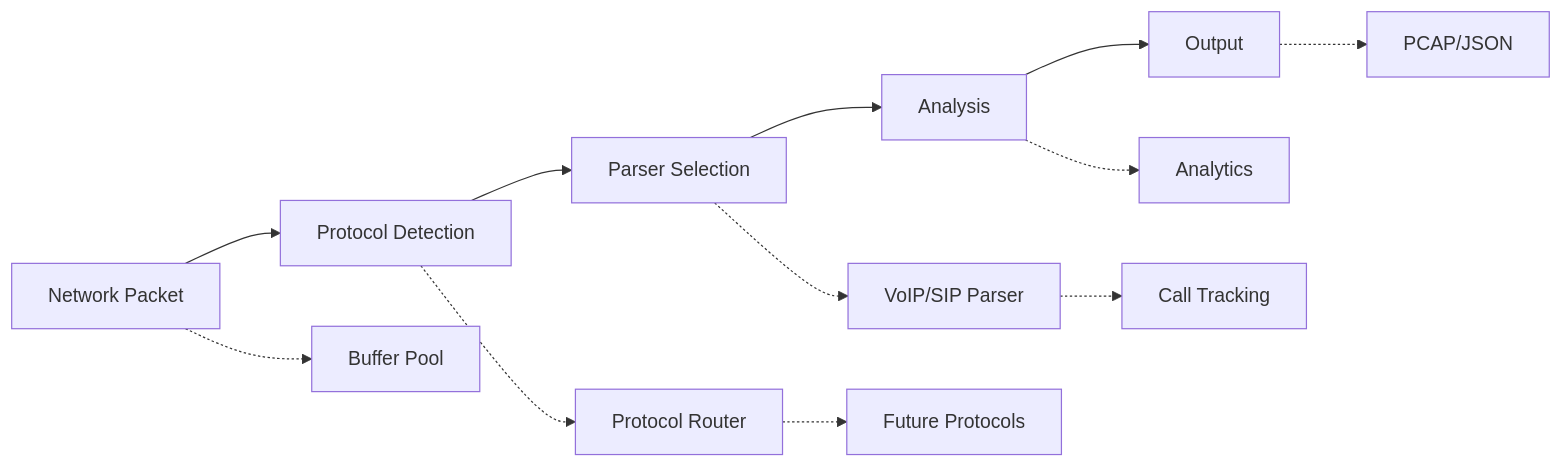
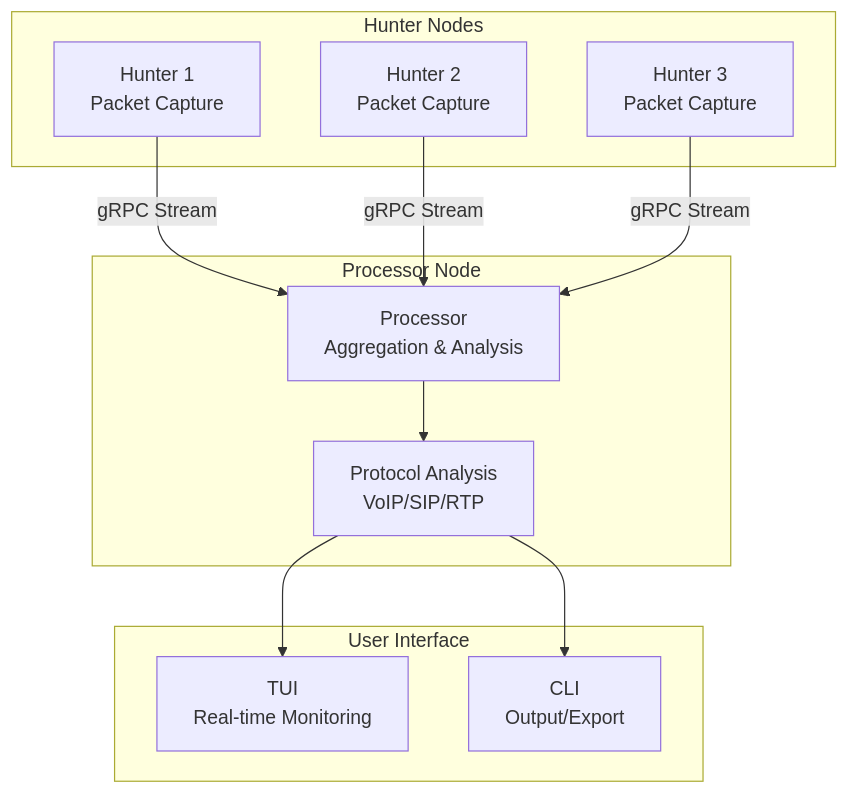
One commit to endorses/lippycat changed the third of 3 diagrams in README.md. Above: the diagram before and after it, drawn with Mermaid. The commit also changed other lines of this file, not shown here.

````diff
--- a/README.md
+++ b/README.md
@@ -382,22 +445,25 @@
 ```mermaid
-graph LR
-    Packet[Network Packet]
-    Detection[Protocol Detection]
-    Selection[Parser Selection]
-    Analysis[Analysis]
-    Output[Output]
+graph TB
+    subgraph "Hunter Nodes"
+        H1[Hunter 1<br/>Packet Capture]
+        H2[Hunter 2<br/>Packet Capture]
+        H3[Hunter 3<br/>Packet Capture]
+    end
 
-    Packet --> Detection
-    Detection --> Selection
-    Selection --> Analysis
-    Analysis --> Output
+    subgraph "Processor Node"
+        P[Processor<br/>Aggregation & Analysis]
+        Analysis[Protocol Analysis<br/>VoIP/SIP/RTP]
+    end
 
-    Packet -.-> Pool[Buffer Pool]
-    Detection -.-> Router[Protocol Router]
-    Selection -.-> VoIP[VoIP/SIP Parser]
-    Analysis -.-> Analytics[Analytics]
-    Output -.-> Export[PCAP/JSON]
+    subgraph "User Interface"
+        TUI[TUI<br/>Real-time Monitoring]
+        CLI[CLI<br/>Output/Export]
+    end
 
-    Router -.-> Future[Future Protocols]
-    VoIP -.-> Tracking[Call Tracking]
+    H1 -->|gRPC Stream| P
+    H2 -->|gRPC Stream| P
+    H3 -->|gRPC Stream| P
+    P --> Analysis
+    Analysis --> TUI
+    Analysis --> CLI
 ```
````
